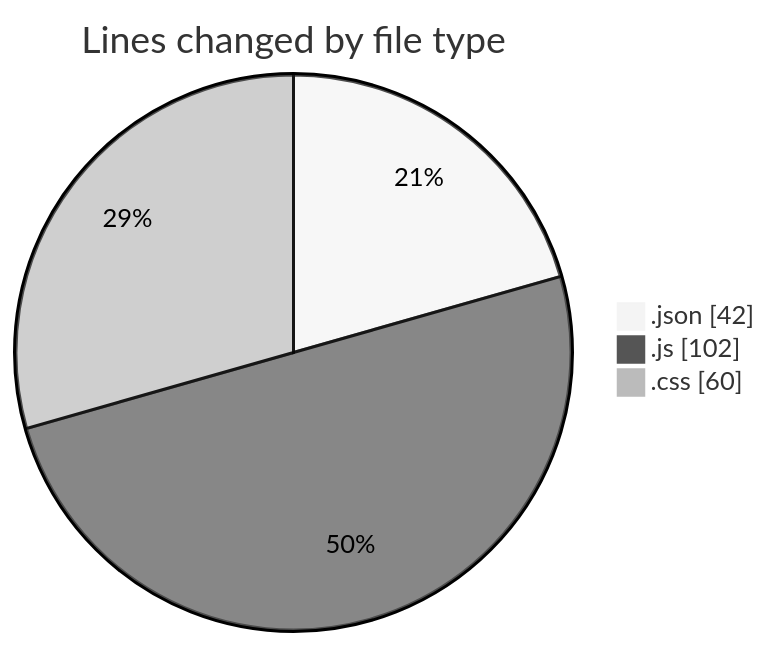
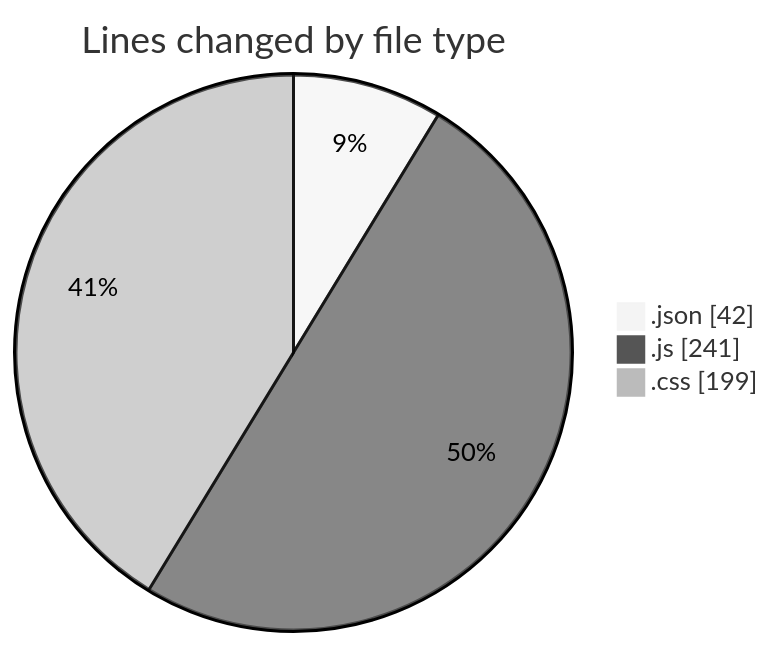
Before and after one commit to lephambinh05/code-tracking: the first of 2 diagrams in 2025-09-16/quytuthien_vn/README.md, drawn with Mermaid (neutral theme). The commit also changed other lines of this file and 1 other file, not shown here.

````diff
--- a/2025-09-16/quytuthien_vn/README.md
+++ b/2025-09-16/quytuthien_vn/README.md
@@ -23,7 +27,7 @@
 ```mermaid
 pie showData
 title Lines changed by file type
 ".json" : 42
-".js" : 102
-".css" : 60
+".js" : 241
+".css" : 199
 ```
````
